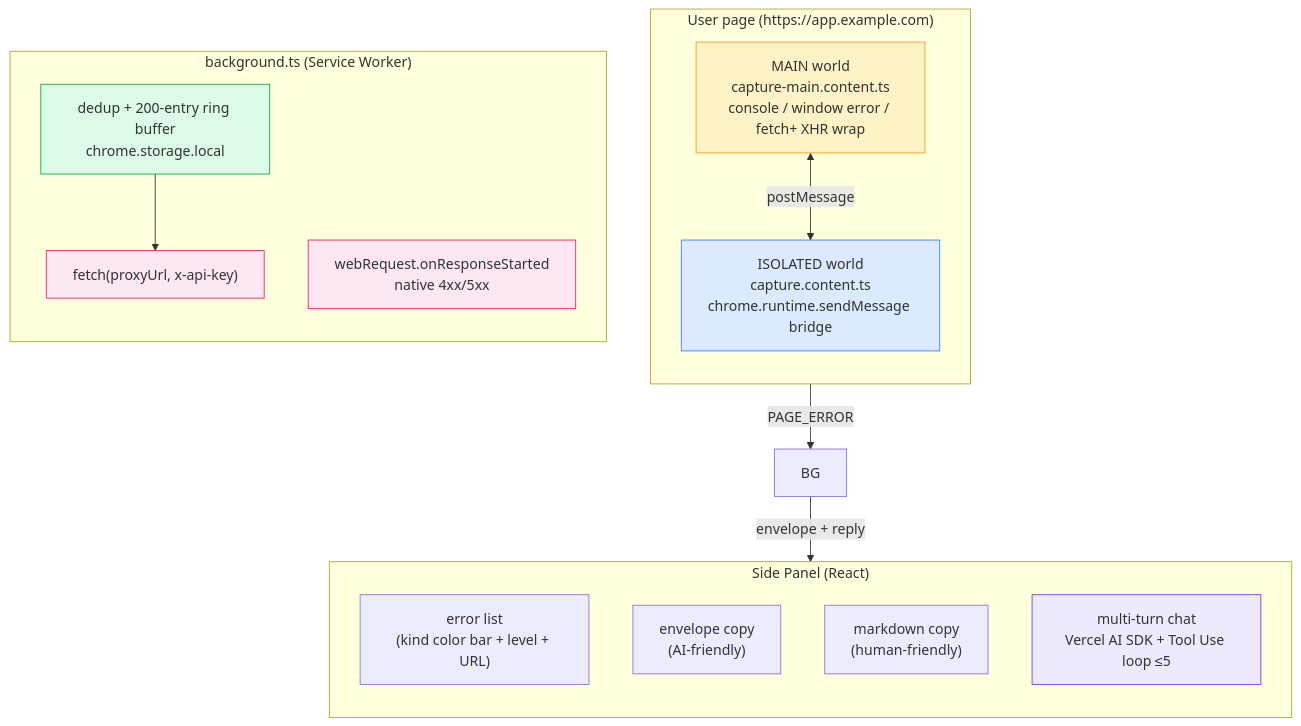
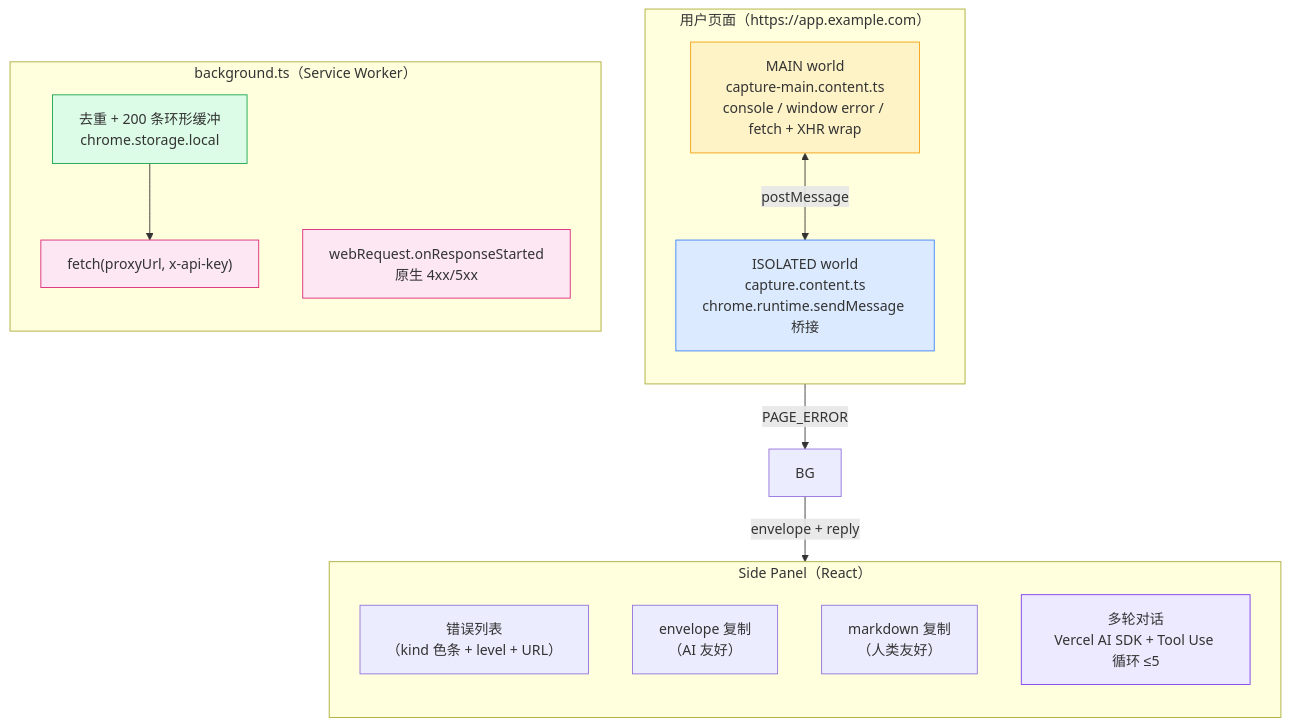
The diagram in README.md (SoftMeng/chrome-page-fixer), drawn with Mermaid before and after one commit. The commit also changed other lines of this file and 1 other file, not shown here.

Commit message:
docs(readme): bilingual README — Chinese landing page + English README_EN

````diff
--- a/README.md
+++ b/README.md
@@ -115,36 +117,36 @@
 ```mermaid
 flowchart TB
-    subgraph Page["User page (https://app.example.com)"]
+    subgraph Page["用户页面（https://app.example.com）"]
         direction TB
-        MAIN["MAIN world<br/>capture-main.content.ts<br/>console / window error / fetch+ XHR wrap"]
-        ISO["ISOLATED world<br/>capture.content.ts<br/>chrome.runtime.sendMessage bridge"]
+        MAIN["MAIN world<br/>capture-main.content.ts<br/>console / window error / fetch + XHR wrap"]
+        ISO["ISOLATED world<br/>capture.content.ts<br/>chrome.runtime.sendMessage 桥接"]
         MAIN <-->|postMessage| ISO
     end
 
     ISO -->|PAGE_ERROR| BG
 
-    subgraph SW["background.ts (Service Worker)"]
+    subgraph SW["background.ts（Service Worker）"]
         direction TB
-        DEDUP["dedup + 200-entry ring buffer<br/>chrome.storage.local"]
+        DEDUP["去重 + 200 条环形缓冲<br/>chrome.storage.local"]
         REQ["fetch(proxyUrl, x-api-key)"]
-        WR["webRequest.onResponseStarted<br/>native 4xx/5xx"]
+        WR["webRequest.onResponseStarted<br/>原生 4xx/5xx"]
         DEDUP --> REQ
     end
 
     BG -->|envelope + reply| SP
 
-    subgraph SP["Side Panel (React)"]
+    subgraph SP["Side Panel（React）"]
         direction TB
-        LIST["error list<br/>(kind color bar + level + URL)"]
-        ENV["envelope copy<br/>(AI-friendly)"]
-        MD["markdown copy<br/>(human-friendly)"]
-        CHAT["multi-turn chat<br/>Vercel AI SDK + Tool Use loop ≤5"]
+        LIST["错误列表<br/>（kind 色条 + level + URL）"]
+        ENV["envelope 复制<br/>（AI 友好）"]
+        MD["markdown 复制<br/>（人类友好）"]
+        CHAT["多轮对话<br/>Vercel AI SDK + Tool Use 循环 ≤5"]
     end
 
     style MAIN fill:#fef3c7,stroke:#f59e0b
     style ISO fill:#dbeafe,stroke:#3b82f6
     style DEDUP fill:#dcfce7,stroke:#16a34a
     style REQ fill:#fce7f3,stroke:#db2777
     style WR fill:#fce7f3,stroke:#db2777
     style CHAT fill:#ede9fe,stroke:#7c3aed
 ```
````
